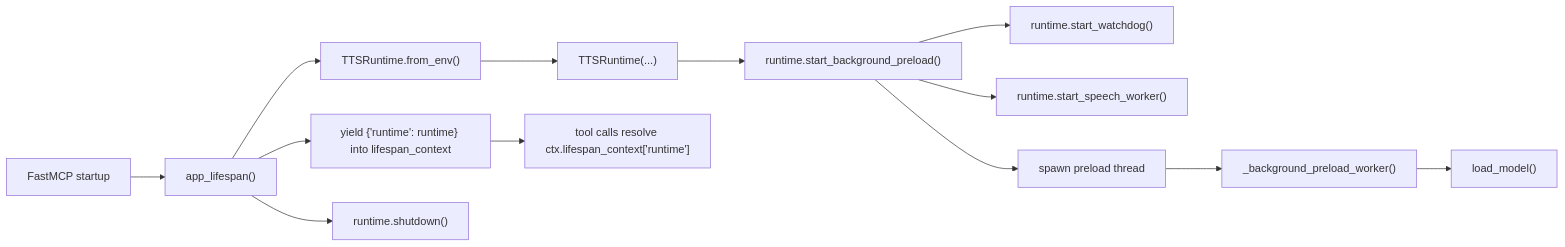
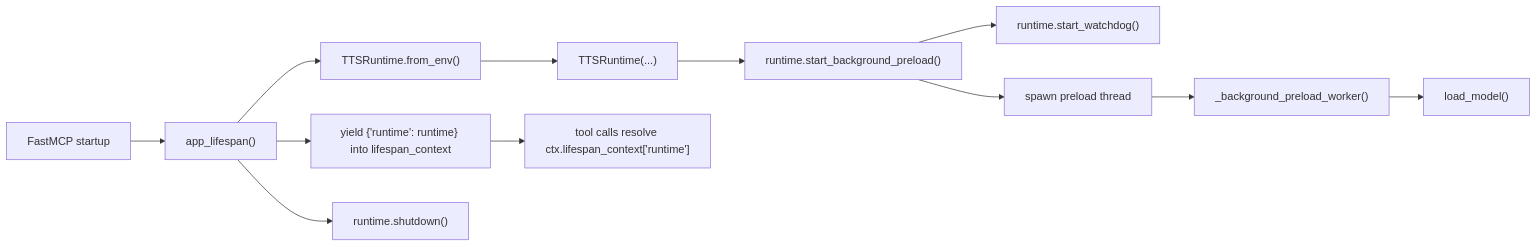
One commit to gaelic-ghost/speak-to-user changed the first of 6 diagrams in WORKFLOWS.md. Above: the diagram before and after it, drawn with Mermaid. The commit also changed other lines of this file and 6 other files, not shown here.

````diff
--- a/WORKFLOWS.md
+++ b/WORKFLOWS.md
@@ -7,15 +7,14 @@
 ```mermaid
 flowchart LR
     A["FastMCP startup"] --> B["app_lifespan()"]
     B --> C["TTSRuntime.from_env()"]
     C --> D["TTSRuntime(...)"]
     D --> E["runtime.start_background_preload()"]
     E --> F["runtime.start_watchdog()"]
-    E --> G["runtime.start_speech_worker()"]
     E --> H["spawn preload thread"]
     H --> I["_background_preload_worker()"]
     I --> J["load_model()"]
     B --> K["yield {'runtime': runtime} into lifespan_context"]
     K --> L["tool calls resolve ctx.lifespan_context['runtime']"]
     B --> M["runtime.shutdown()"]
 ```
````
